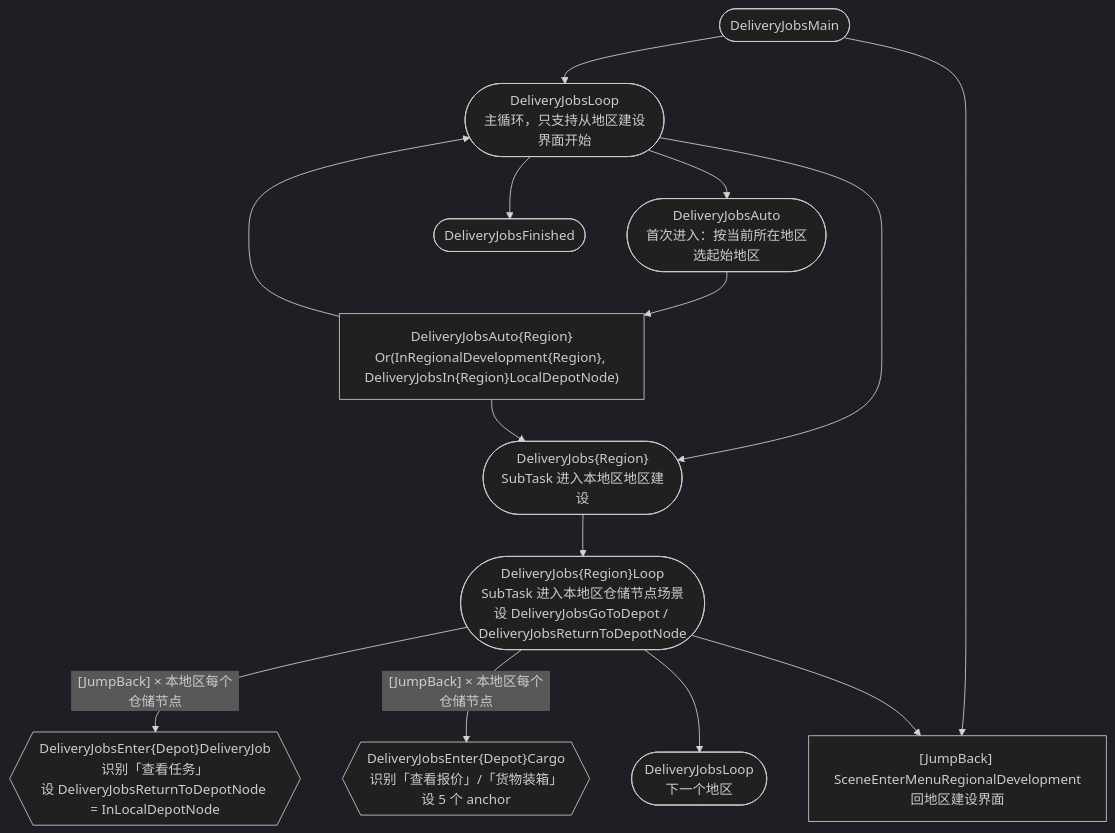
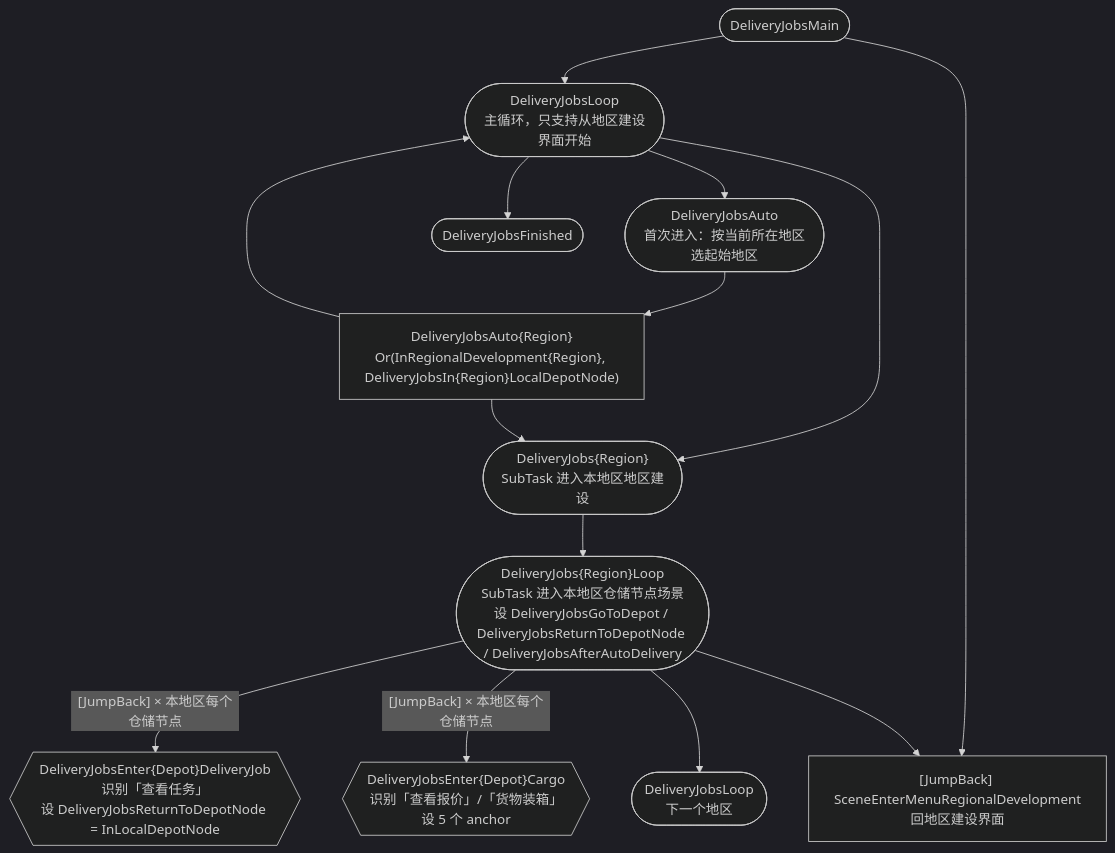
The first of 6 diagrams in docs/zh_cn/developers/tasks/delivery-jobs-maintain.md (MaaEnd/MaaEnd), drawn with Mermaid (dark theme) before and after one commit. The commit also changed other lines of this file and 12 other files, not shown here.

First line of the commit message:
fix(DeliveryJobs): 残留委托一进详情就先判能不能转交，抢来的一律送掉

````diff
--- a/docs/zh_cn/developers/tasks/delivery-jobs-maintain.md
+++ b/docs/zh_cn/developers/tasks/delivery-jobs-maintain.md
@@ -26,16 +26,16 @@
 ```mermaid
 flowchart TD
     Main(["DeliveryJobsMain"]) --> Loop(["DeliveryJobsLoop\n主循环，只支持从地区建设界面开始"])
     Main --> Menu["[JumpBack] SceneEnterMenuRegionalDevelopment\n回地区建设界面"]
     Loop --> Auto(["DeliveryJobsAuto\n首次进入：按当前所在地区选起始地区"])
     Loop --> RTask(["DeliveryJobs{Region}\nSubTask 进入本地区地区建设"])
     Loop --> Fin(["DeliveryJobsFinished"])
     Auto --> RAuto["DeliveryJobsAuto{Region}\nOr(InRegionalDevelopment{Region}, DeliveryJobsIn{Region}LocalDepotNode)"]
     RAuto --> RTask
     RAuto --> Loop
-    RTask --> RLoop(["DeliveryJobs{Region}Loop\nSubTask 进入本地区仓储节点场景\n设 DeliveryJobsGoToDepot / DeliveryJobsReturnToDepotNode"])
+    RTask --> RLoop(["DeliveryJobs{Region}Loop\nSubTask 进入本地区仓储节点场景\n设 DeliveryJobsGoToDepot / DeliveryJobsReturnToDepotNode / DeliveryJobsAfterAutoDelivery"])
     RLoop -->|"[JumpBack] × 本地区每个仓储节点"| EJob{{"DeliveryJobsEnter{Depot}DeliveryJob\n识别「查看任务」\n设 DeliveryJobsReturnToDepotNode = InLocalDepotNode"}}
     RLoop -->|"[JumpBack] × 本地区每个仓储节点"| ECargo{{"DeliveryJobsEnter{Depot}Cargo\n识别「查看报价」/「货物装箱」\n设 5 个 anchor"}}
     RLoop --> Next(["DeliveryJobsLoop\n下一个地区"])
     RLoop --> Menu
 ```
````
